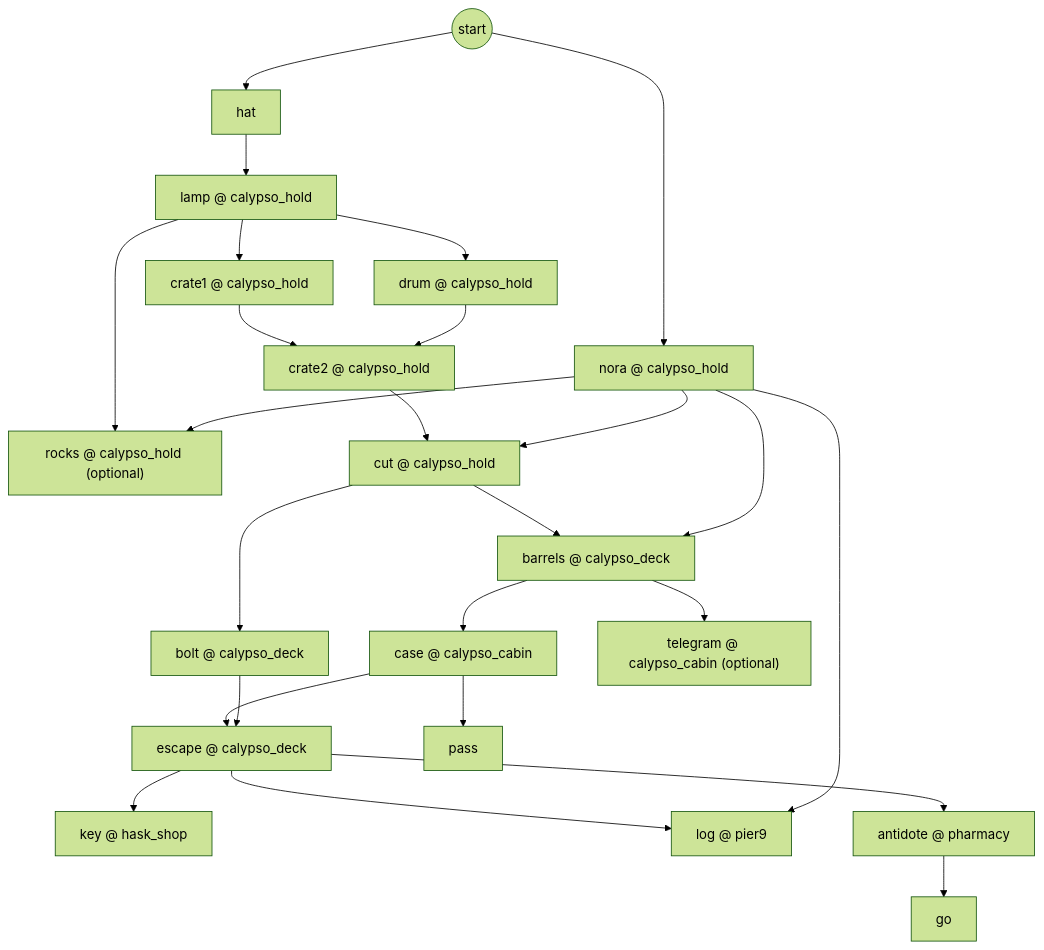
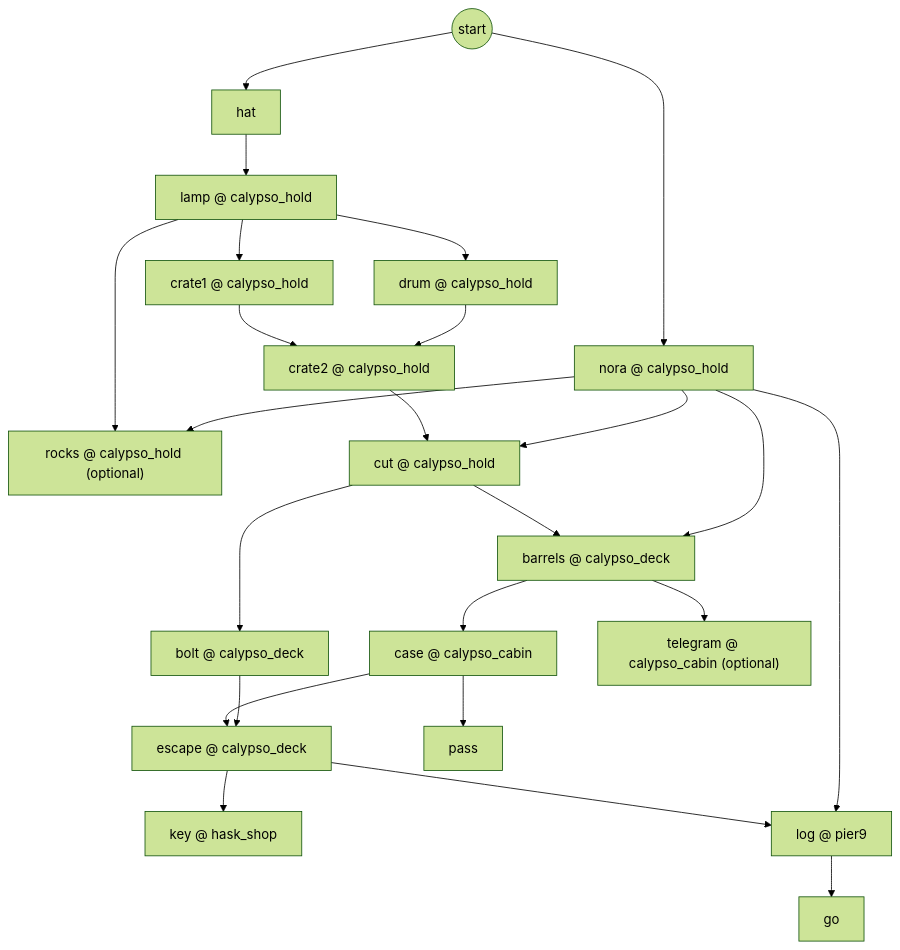
The seventh of 8 diagrams in nightlatch/docs/PUZZLE_GRAPH.md (GasPhil1968/kolo-srece), drawn with Mermaid (forest theme) before and after one commit. The commit also changed other lines of this file and 10 other files, not shown here.

````diff
--- a/nightlatch/docs/PUZZLE_GRAPH.md
+++ b/nightlatch/docs/PUZZLE_GRAPH.md
@@ -467,46 +467,44 @@
 ```mermaid
 flowchart TD
   start7((start))
   c7_hat["hat"]
   c7_lamp["lamp @ calypso_hold"]
   c7_nora["nora @ calypso_hold"]
   c7_crate1["crate1 @ calypso_hold"]
   c7_drum["drum @ calypso_hold"]
   c7_crate2["crate2 @ calypso_hold"]
   c7_rocks["rocks @ calypso_hold (optional)"]
   c7_cut["cut @ calypso_hold"]
   c7_bolt["bolt @ calypso_deck"]
   c7_barrels["barrels @ calypso_deck"]
   c7_case["case @ calypso_cabin"]
   c7_telegram["telegram @ calypso_cabin (optional)"]
   c7_escape["escape @ calypso_deck"]
   c7_key["key @ hask_shop"]
   c7_pass["pass"]
   c7_log["log @ pier9"]
-  c7_antidote["antidote @ pharmacy"]
   c7_go["go"]
   start7 --> c7_hat
   c7_hat --> c7_lamp
   start7 --> c7_nora
   c7_lamp --> c7_crate1
   c7_lamp --> c7_drum
   c7_crate1 --> c7_crate2
   c7_drum --> c7_crate2
   c7_lamp --> c7_rocks
   c7_nora --> c7_rocks
   c7_crate2 --> c7_cut
   c7_nora --> c7_cut
   c7_cut --> c7_bolt
   c7_cut --> c7_barrels
   c7_nora --> c7_barrels
   c7_barrels --> c7_case
   c7_barrels --> c7_telegram
   c7_case --> c7_escape
   c7_bolt --> c7_escape
   c7_escape --> c7_key
   c7_case --> c7_pass
   c7_escape --> c7_log
   c7_nora --> c7_log
-  c7_escape --> c7_antidote
-  c7_antidote --> c7_go
+  c7_log --> c7_go
 ```
````
